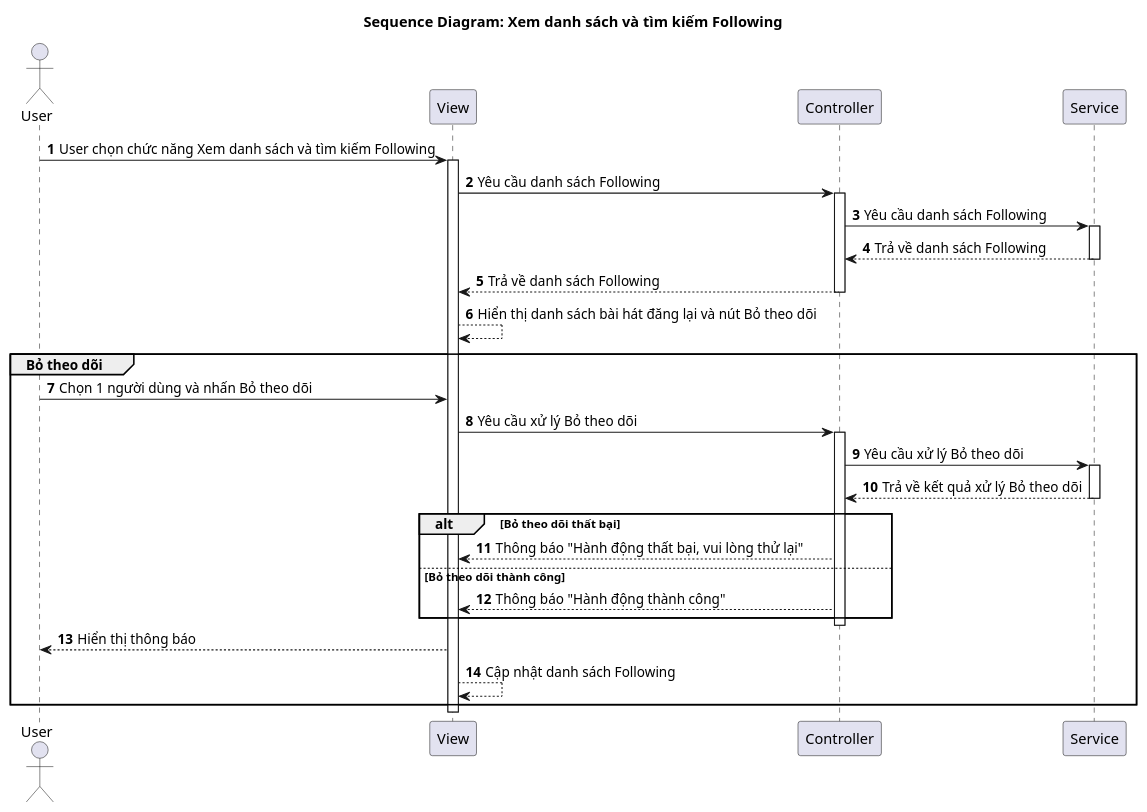
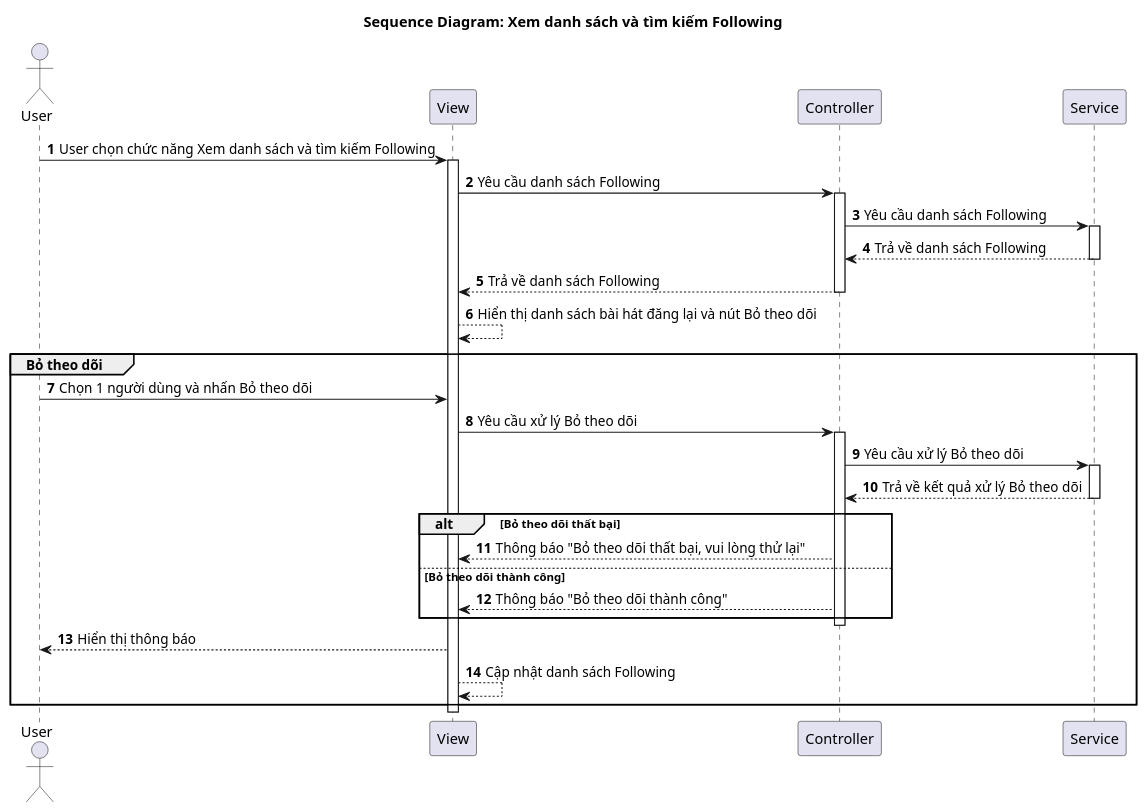
Before and after one commit to vinh047/soundwave: the diagram in Diagrams/SequenceDiagram/ViewSearchFollowing.plantuml, drawn with PlantUML. The commit also changed 29 other files, not shown here.

```diff
--- a/Diagrams/SequenceDiagram/ViewSearchFollowing.plantuml
+++ b/Diagrams/SequenceDiagram/ViewSearchFollowing.plantuml
@@ -1,43 +1,43 @@
 @startuml SD
 
 actor "User" as User
 participant "View" as View
 participant "Controller" as Controller
 participant "Service" as Service
 
 title Sequence Diagram: Xem danh sách và tìm kiếm Following
 
 autonumber
 
 User -> View: User chọn chức năng Xem danh sách và tìm kiếm Following
 activate View
 View -> Controller: Yêu cầu danh sách Following
 activate Controller
 Controller -> Service: Yêu cầu danh sách Following
 activate Service
 Service --> Controller: Trả về danh sách Following
 deactivate Service
 Controller --> View: Trả về danh sách Following
 deactivate Controller
 View --> View: Hiển thị danh sách bài hát đăng lại và nút Bỏ theo dõi
 
 group Bỏ theo dõi
     User -> View: Chọn 1 người dùng và nhấn Bỏ theo dõi
     View -> Controller: Yêu cầu xử lý Bỏ theo dõi
     activate Controller
     Controller -> Service: Yêu cầu xử lý Bỏ theo dõi
     activate Service
     Service --> Controller: Trả về kết quả xử lý Bỏ theo dõi
     deactivate Service
     alt Bỏ theo dõi thất bại
-        Controller --> View: Thông báo "Hành động thất bại, vui lòng thử lại"
+        Controller --> View: Thông báo "Bỏ theo dõi thất bại, vui lòng thử lại"
     else Bỏ theo dõi thành công
-        Controller --> View: Thông báo "Hành động thành công"
+        Controller --> View: Thông báo "Bỏ theo dõi thành công"
     end
     deactivate Controller
     View --> User: Hiển thị thông báo
     View --> View: Cập nhật danh sách Following
 end
 
 deactivate View
 @enduml
```
